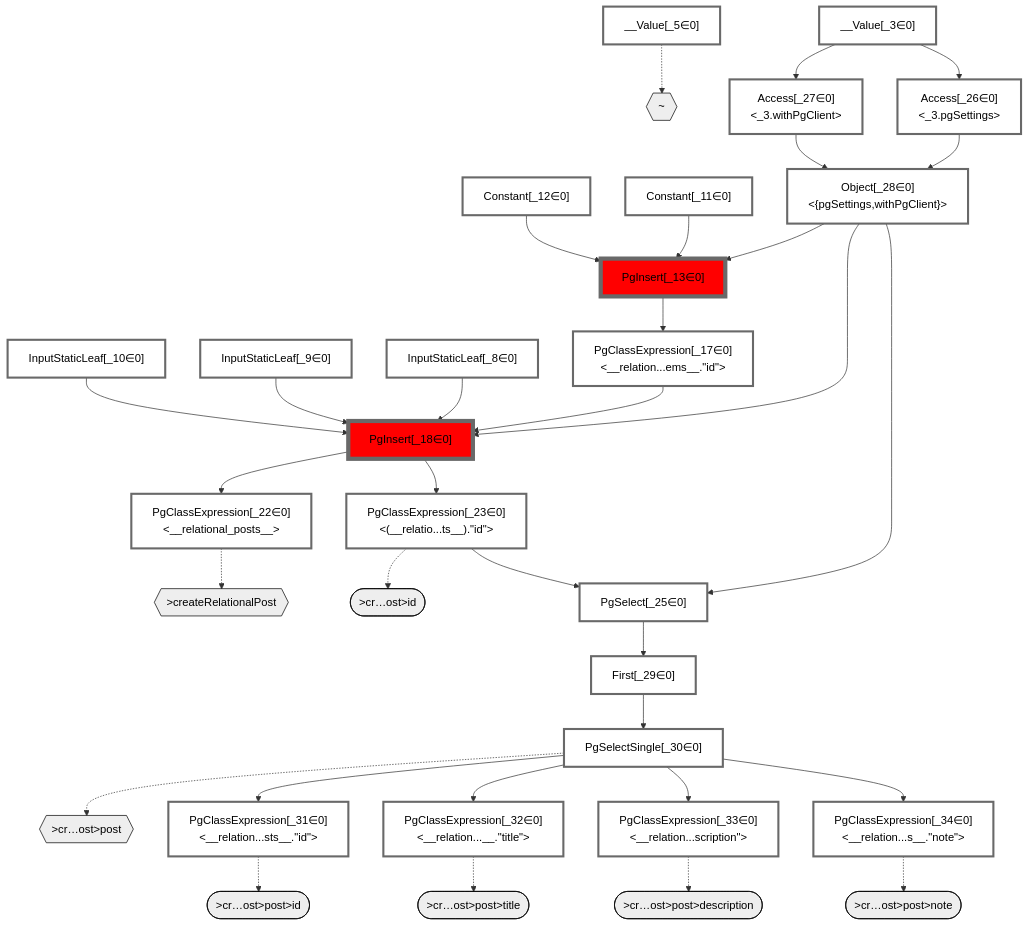
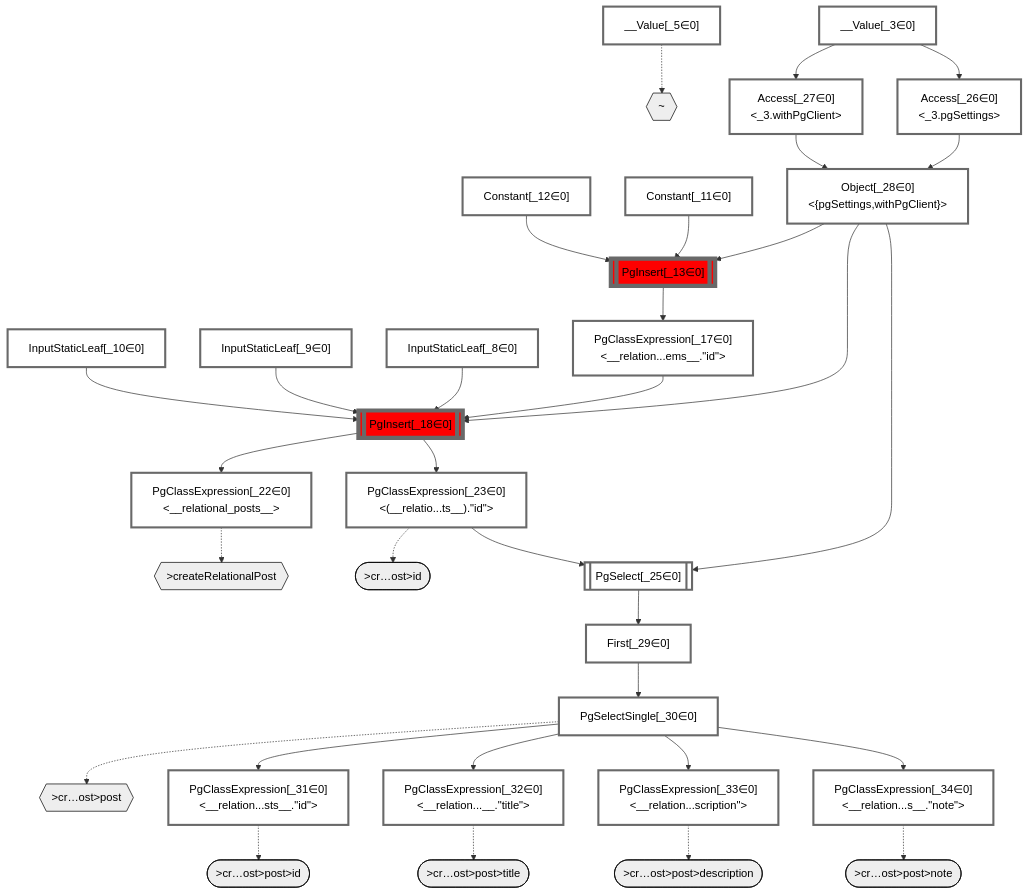
Before and after one commit to graphile/crystal: the diagram in packages/dataplan-pg/__tests__/mutations/basics/create-relational-post-null-description.deopt.mermaid.md, drawn with Mermaid. The commit also changed 195 other files, not shown here.

```diff
--- a/packages/dataplan-pg/__tests__/mutations/basics/create-relational-post-null-description.deopt.mermaid.md
+++ b/packages/dataplan-pg/__tests__/mutations/basics/create-relational-post-null-description.deopt.mermaid.md
@@ -31,12 +31,12 @@
     InputStaticLeaf_10["InputStaticLeaf[_10∈0]"]:::plan
     Constant_11["Constant[_11∈0]"]:::plan
     Constant_12["Constant[_12∈0]"]:::plan
-    PgInsert_13["PgInsert[_13∈0]"]:::sideeffectplan
+    PgInsert_13[["PgInsert[_13∈0]"]]:::sideeffectplan
     PgClassExpression_17["PgClassExpression[_17∈0]<br /><__relation...ems__.#quot;id#quot;>"]:::plan
-    PgInsert_18["PgInsert[_18∈0]"]:::sideeffectplan
+    PgInsert_18[["PgInsert[_18∈0]"]]:::sideeffectplan
     PgClassExpression_22["PgClassExpression[_22∈0]<br /><__relational_posts__>"]:::plan
     PgClassExpression_23["PgClassExpression[_23∈0]<br /><(__relatio...ts__).#quot;id#quot;>"]:::plan
-    PgSelect_25["PgSelect[_25∈0]<br /><relational_posts>"]:::plan
+    PgSelect_25[["PgSelect[_25∈0]<br /><relational_posts>"]]:::plan
     Access_26["Access[_26∈0]<br /><_3.pgSettings>"]:::plan
     Access_27["Access[_27∈0]<br /><_3.withPgClient>"]:::plan
     Object_28["Object[_28∈0]<br /><{pgSettings,withPgClient}>"]:::plan
```
